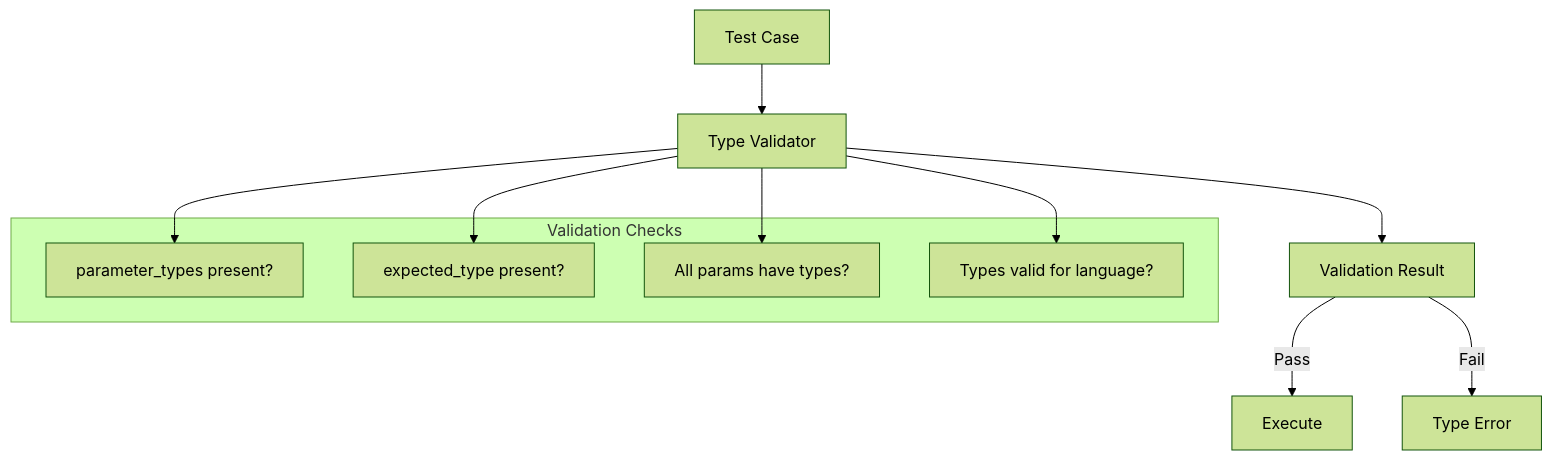
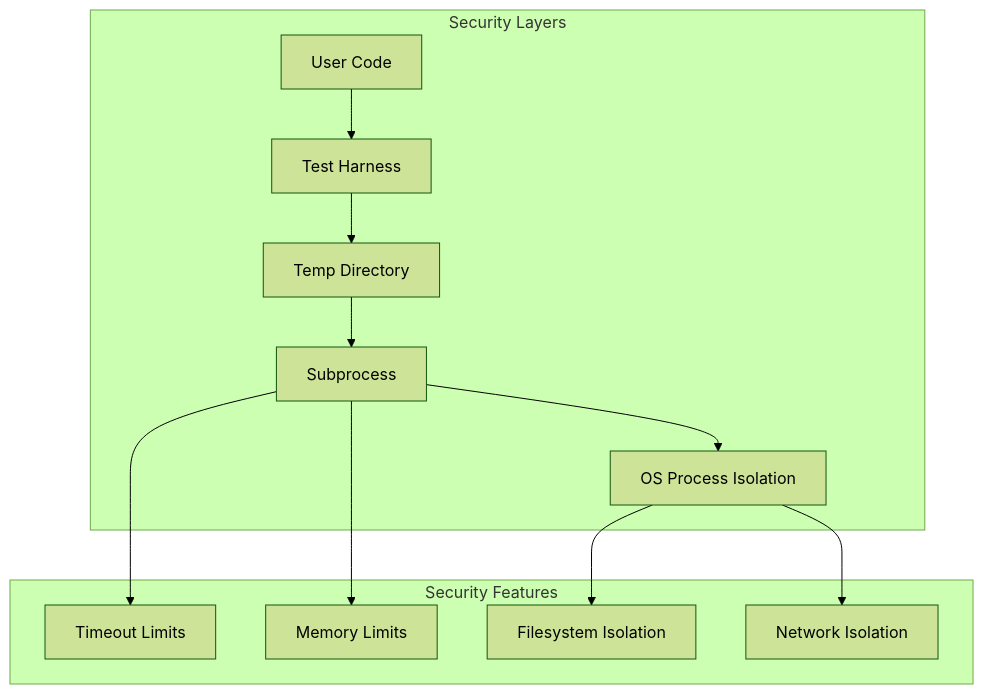
One commit to CoffeePoweredComputers/eiplgrader changed the diagram in docs/mermaid_src/architecture_diagram_6.mmd. Above: the diagram before and after it, drawn with Mermaid (forest theme). The commit also changed 24 other files, not shown here.

Commit message:
updated figure

```diff
--- a/docs/mermaid_src/architecture_diagram_6.mmd
+++ b/docs/mermaid_src/architecture_diagram_6.mmd
@@ -1,22 +1,25 @@
 graph TB
-    TC[Test Case]
-    TV[Type Validator]
-    VR[Validation Result]
-    
-    TC --> TV
-    TV --> VR
-    
-    subgraph "Validation Checks"
-        C1[parameter_types present?]
-        C2[expected_type present?]
-        C3[All params have types?]
-        C4[Types valid for language?]
+    subgraph "Security Layers"
+        UC[User Code]
+        TH[Test Harness]
+        TMP[Temp Directory]
+        PROC[Subprocess]
+        OS[OS Process Isolation]
     end
     
-    TV --> C1
-    TV --> C2
-    TV --> C3
-    TV --> C4
+    UC --> TH
+    TH --> TMP
+    TMP --> PROC
+    PROC --> OS
     
-    VR --> |Pass| Execute
-    VR --> |Fail| Error[Type Error]
+    subgraph "Security Features"
+        TO[Timeout Limits]
+        MEM[Memory Limits]
+        FS[Filesystem Isolation]
+        NET[Network Isolation]
+    end
+    
+    PROC --> TO
+    PROC --> MEM
+    OS --> FS
+    OS --> NET
```
